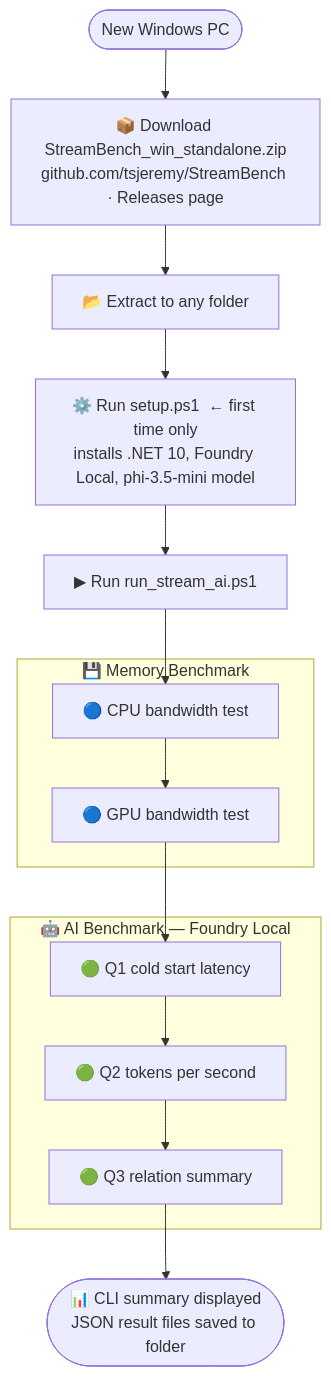
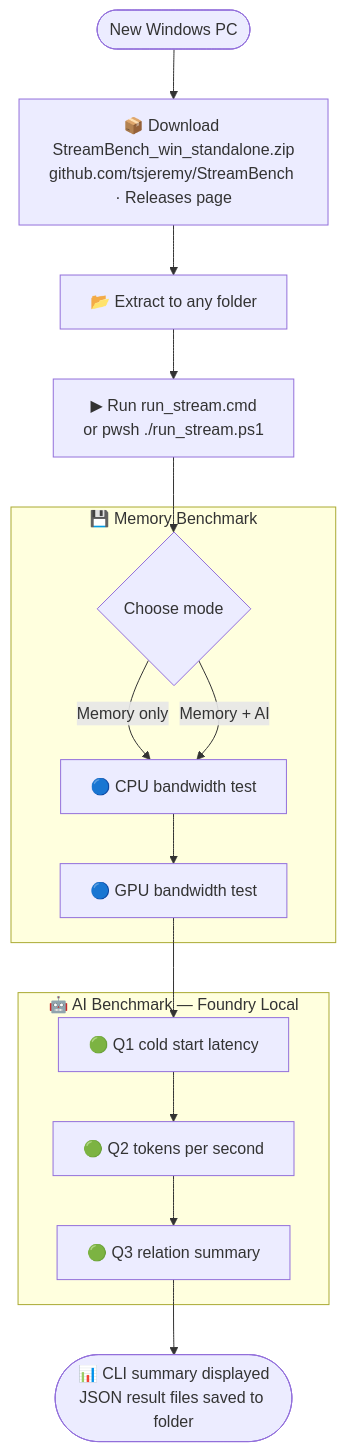
The first of 2 diagrams in README.md (tsjeremy/StreamBench), drawn with Mermaid before and after one commit. The commit also changed other lines of this file and 15 other files, not shown here.

````diff
--- a/README.md
+++ b/README.md
@@ -52,20 +52,21 @@
 ```mermaid
 flowchart TD
     A([New Windows PC]) --> B
     B["📦 Download StreamBench_win_standalone.zip<br/>github.com/tsjeremy/StreamBench · Releases page"] --> C
     C["📂 Extract to any folder"] --> D
-    D["⚙️ Run setup.ps1  ← first time only<br/>installs .NET 10, Foundry Local, phi-3.5-mini model"] --> E
-    E["▶ Run run_stream_ai.ps1"] --> F
+    D["▶ Run run_stream.cmd<br/>or pwsh ./run_stream.ps1"] --> E{"Choose mode"}
 
     subgraph mem ["💾 Memory Benchmark"]
-        F["🔵 CPU bandwidth test"] --> G["🔵 GPU bandwidth test"]
+        E -->|"Memory only"| F["🔵 CPU bandwidth test"]
+        E -->|"Memory + AI"| F
+        F --> G["🔵 GPU bandwidth test"]
     end
 
     subgraph ai ["🤖 AI Benchmark  —  Foundry Local"]
         H["🟢 Q1  cold start latency"] --> I["🟢 Q2  tokens per second"]
         I --> J["🟢 Q3  relation summary"]
     end
 
     G --> H
     J --> K(["📊 CLI summary displayed<br/>JSON result files saved to folder"])
 ```
````
